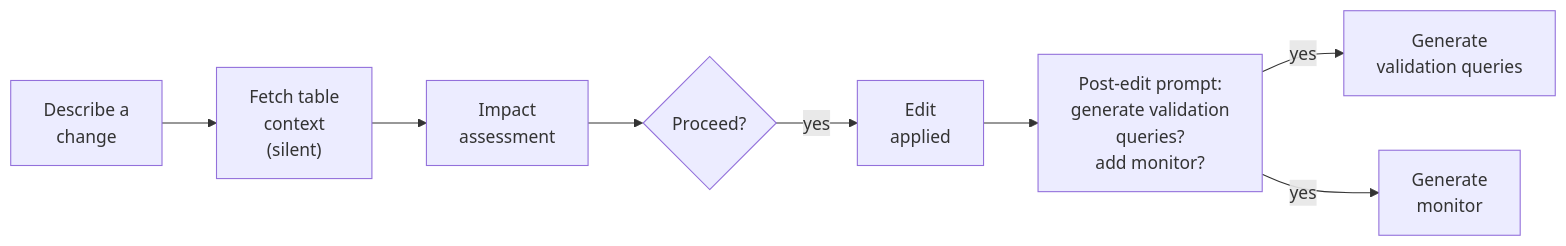
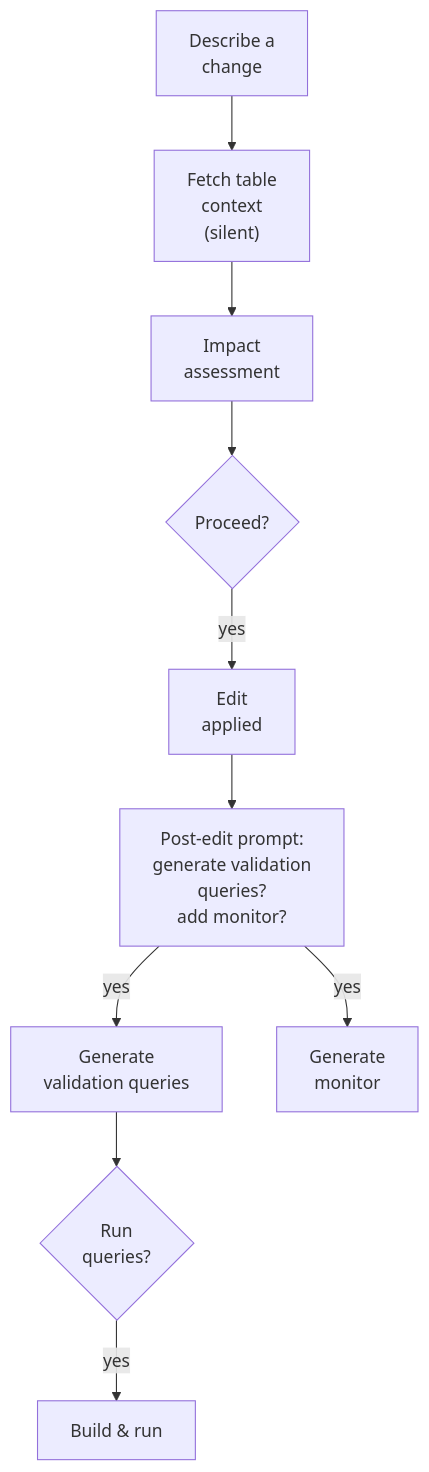
The diagram in skills/prevent/README.md (monte-carlo-data/mc-agent-toolkit), drawn with Mermaid before and after one commit. The commit also changed other lines of this file and 28 other files, not shown here.

````diff
--- a/skills/prevent/README.md
+++ b/skills/prevent/README.md
@@ -69,10 +69,12 @@
 ```mermaid
-flowchart LR
+flowchart TD
     A["Describe a<br/>change"] --> B["Fetch table<br/>context<br/>(silent)"]
     B --> C["Impact<br/>assessment"]
     C --> D{"Proceed?"}
     D -- yes --> E["Edit<br/>applied"]
     E --> P["Post-edit prompt:<br/>generate validation<br/>queries?<br/>add monitor?"]
     P -- yes --> H["Generate<br/>validation queries"]
     P -- yes --> G["Generate<br/>monitor"]
+    H --> R{"Run<br/>queries?"}
+    R -- yes --> S["Build &amp; run"]
 ```
````
